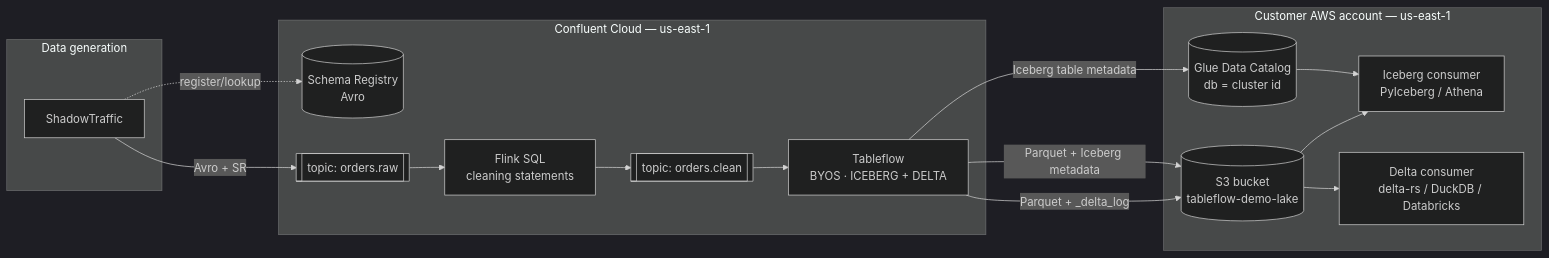
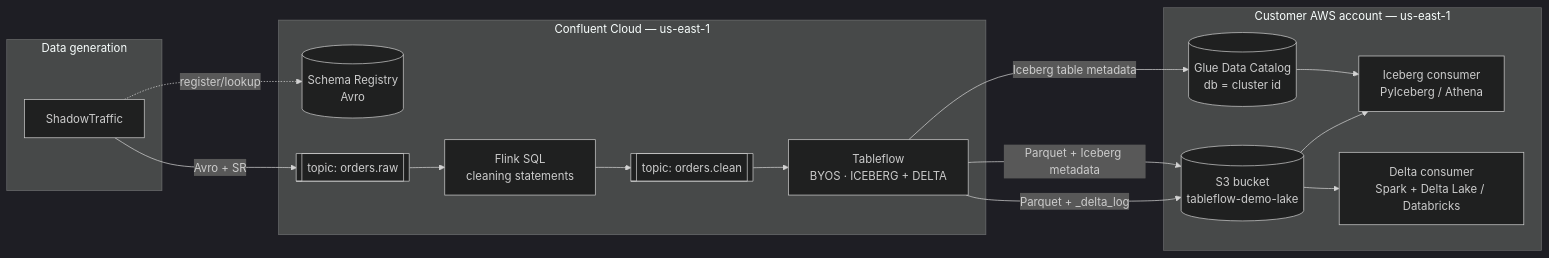
Before and after one commit to gogetjax/tableflow-demo: the first of 2 diagrams in docs/01-architecture.md, drawn with Mermaid (dark theme). The commit also changed 12 other files, not shown here.

````diff
--- a/docs/01-architecture.md
+++ b/docs/01-architecture.md
@@ -9,29 +9,29 @@
 ```mermaid
 flowchart LR
   subgraph gen[Data generation]
     ST[ShadowTraffic]
   end
   subgraph cc[Confluent Cloud — us-east-1]
     SR[(Schema Registry<br/>Avro)]
     RAW[[topic: orders.raw]]
     FL[Flink SQL<br/>cleaning statements]
     CLEAN[[topic: orders.clean]]
     TF[Tableflow<br/>BYOS · ICEBERG + DELTA]
   end
   subgraph aws[Customer AWS account — us-east-1]
     S3[(S3 bucket<br/>tableflow-demo-lake)]
     GLUE[(Glue Data Catalog<br/>db = cluster id)]
     IC[Iceberg consumer<br/>PyIceberg / Athena]
-    DC[Delta consumer<br/>delta-rs / DuckDB / Databricks]
+    DC[Delta consumer<br/>Spark + Delta Lake / Databricks]
   end
   ST -- Avro + SR --> RAW
   ST -. register/lookup .-> SR
   RAW --> FL --> CLEAN
   CLEAN --> TF
   TF -- Parquet + Iceberg metadata --> S3
   TF -- Parquet + _delta_log --> S3
   TF -- Iceberg table metadata --> GLUE
   GLUE --> IC
   S3 --> IC
   S3 --> DC
 ```
````
